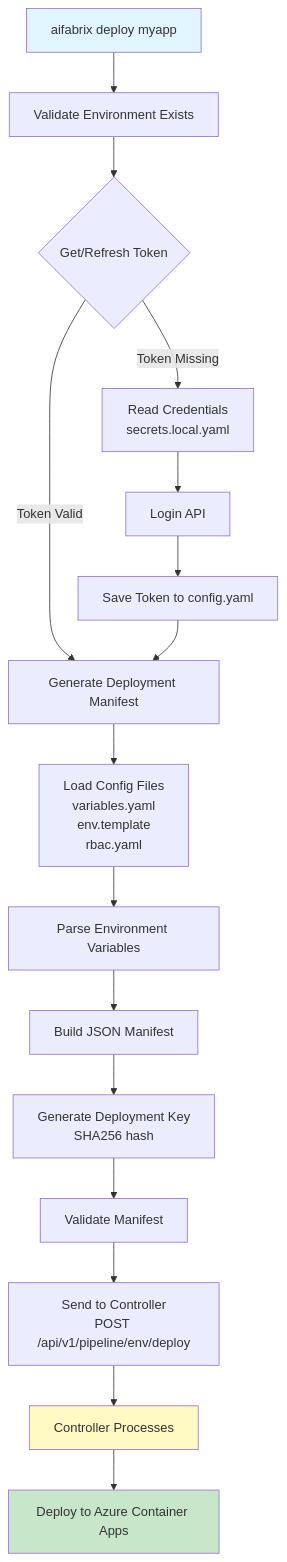
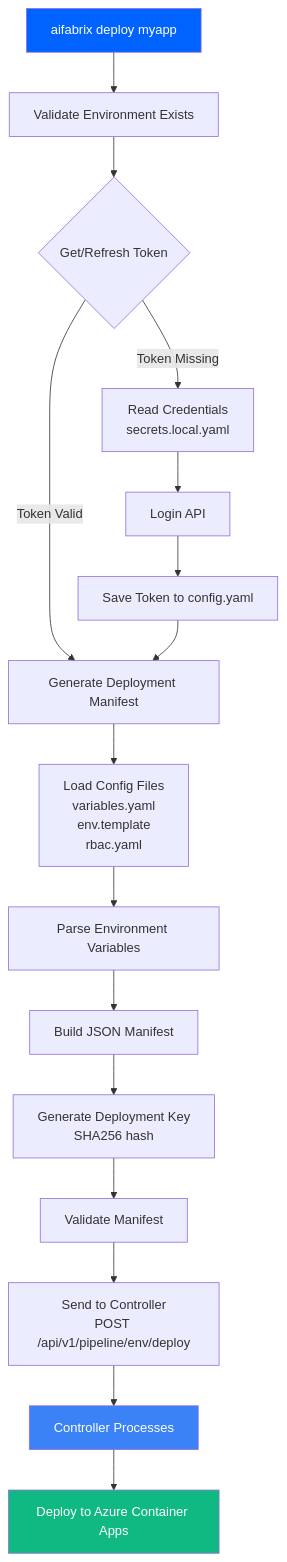
The second of 4 diagrams in docs/DEPLOYING.md (esystemsdev/aifabrix-builder), drawn with Mermaid before and after one commit. The commit also changed other lines of this file and 9 other files, not shown here.

````diff
--- a/docs/DEPLOYING.md
+++ b/docs/DEPLOYING.md
@@ -212,23 +212,23 @@
 ```mermaid
 flowchart TD
     Start[aifabrix deploy myapp] --> ValidateEnv[Validate Environment Exists]
     ValidateEnv --> GetToken{Get/Refresh Token}
     GetToken -->|Token Missing| ReadCreds[Read Credentials<br/>secrets.local.yaml]
     ReadCreds --> Login[Login API]
     Login --> SaveToken[Save Token to config.yaml]
     GetToken -->|Token Valid| GenerateManifest[Generate Deployment Manifest]
     SaveToken --> GenerateManifest
     
     GenerateManifest --> LoadConfig[Load Config Files<br/>variables.yaml<br/>env.template<br/>rbac.yaml]
     LoadConfig --> ParseEnv[Parse Environment Variables]
     ParseEnv --> BuildManifest[Build JSON Manifest]
     BuildManifest --> GenKey[Generate Deployment Key<br/>SHA256 hash]
     GenKey --> ValidateManifest[Validate Manifest]
     ValidateManifest --> SendController[Send to Controller<br/>POST /api/v1/pipeline/env/deploy]
     SendController --> ControllerProcess[Controller Processes]
     ControllerProcess --> DeployAzure[Deploy to Azure Container Apps]
     
-    style Start fill:#e1f5ff
-    style DeployAzure fill:#c8e6c9
-    style ControllerProcess fill:#fff9c4
+    style Start fill:#0062FF,color:#FFFFFF
+    style DeployAzure fill:#10B981,color:#FFFFFF
+    style ControllerProcess fill:#3B82F6,color:#FFFFFF
 ```
````
